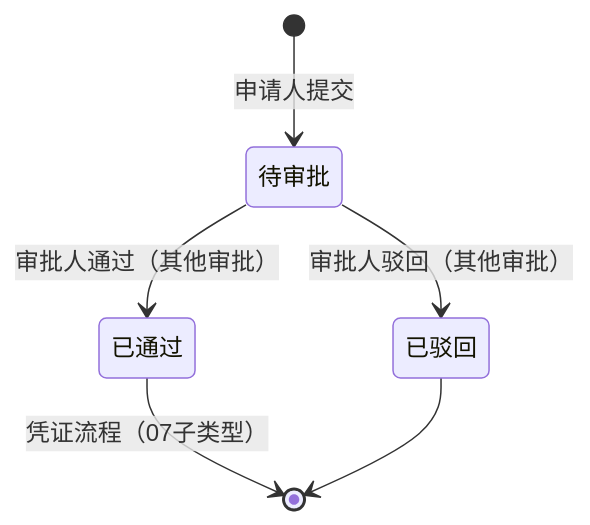
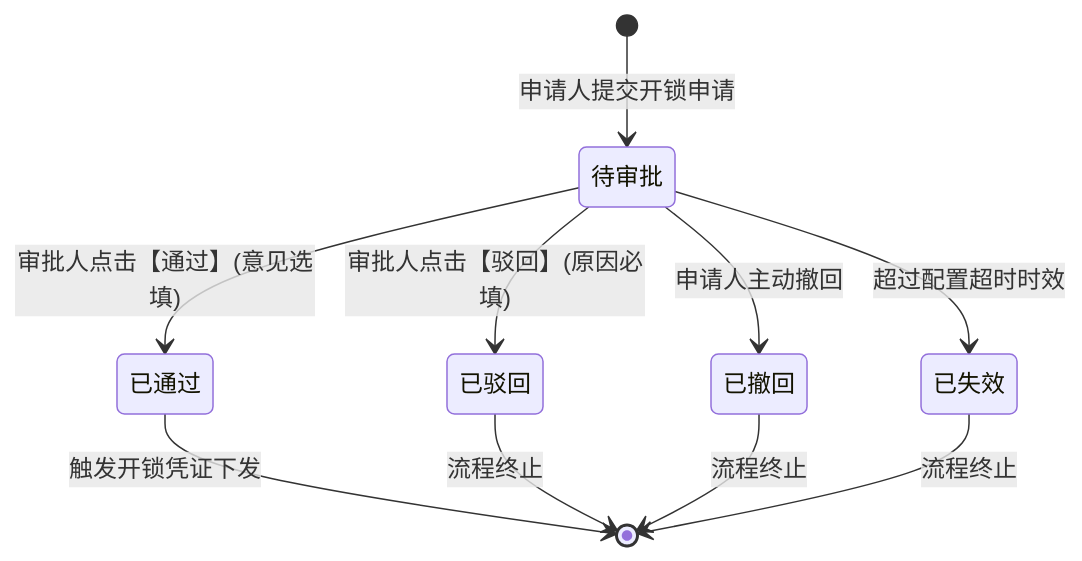
The second of 2 diagrams in 02-PRD文档/B-迭代需求/6.2版本（2026.08）/07-审批中心/05-其他审批/03-开锁审核/开锁审核主PRD.md (RobertHuang999/SYZC), drawn with Mermaid before and after one commit. The commit also changed other lines of this file and 146 other files, not shown here.

````diff
--- a/02-PRD文档/B-迭代需求/6.2版本（2026.08）/07-审批中心/05-其他审批/03-开锁审核/开锁审核主PRD.md
+++ b/02-PRD文档/B-迭代需求/6.2版本（2026.08）/07-审批中心/05-其他审批/03-开锁审核/开锁审核主PRD.md
@@ -183,8 +114,12 @@
 ```mermaid
 stateDiagram-v2
-    [*] --> 待审批: 申请人提交
-    待审批 --> 已通过: 审批人通过（其他审批）
-    待审批 --> 已驳回: 审批人驳回（其他审批）
-    已通过 --> [*]: 凭证流程（07子类型）
-    已驳回 --> [*]
+    [*] --> 待审批 : 申请人提交开锁申请
+    待审批 --> 已通过 : 审批人点击【通过】(意见选填)
+    待审批 --> 已驳回 : 审批人点击【驳回】(原因必填)
+    待审批 --> 已撤回 : 申请人主动撤回
+    待审批 --> 已失效 : 超过配置超时时效
+    已通过 --> [*] : 触发开锁凭证下发
+    已驳回 --> [*] : 流程终止
+    已撤回 --> [*] : 流程终止
+    已失效 --> [*] : 流程终止
 ```
````
